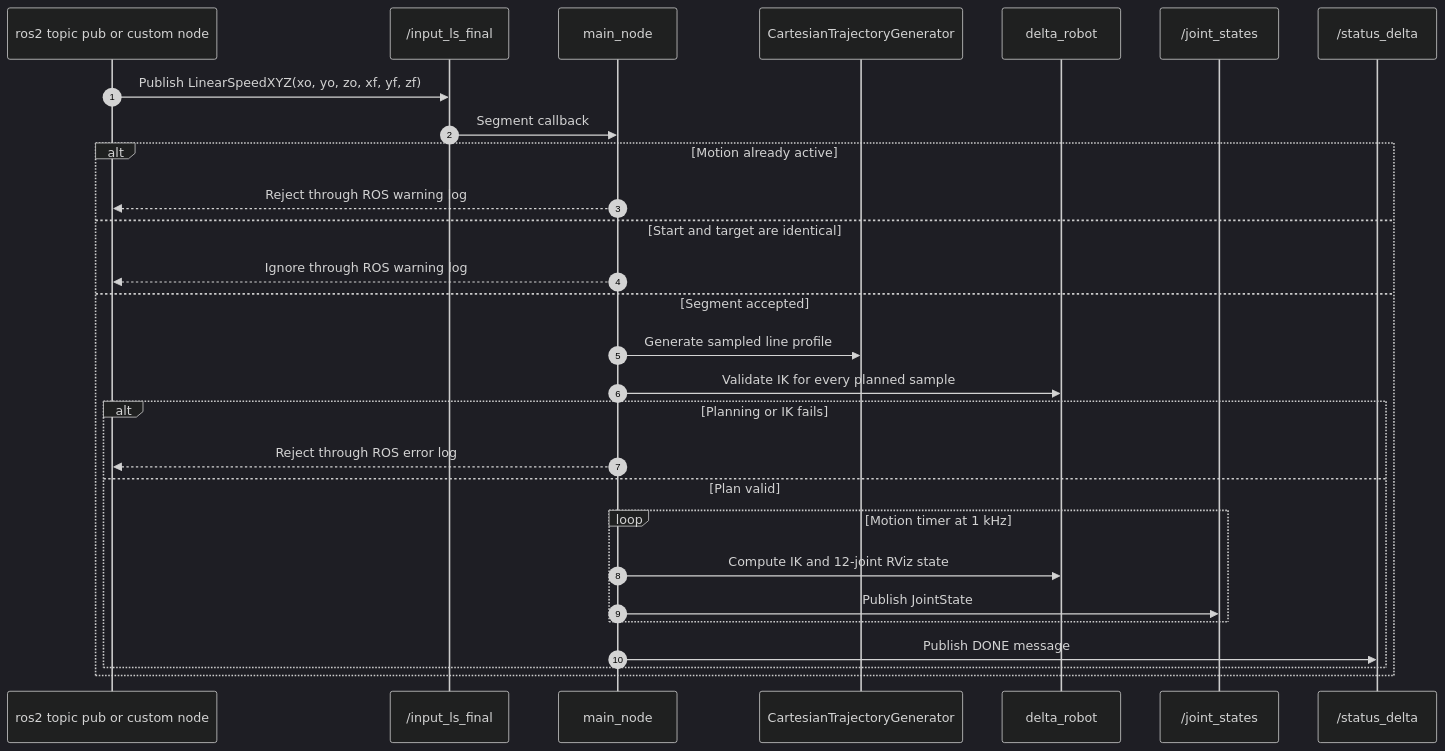
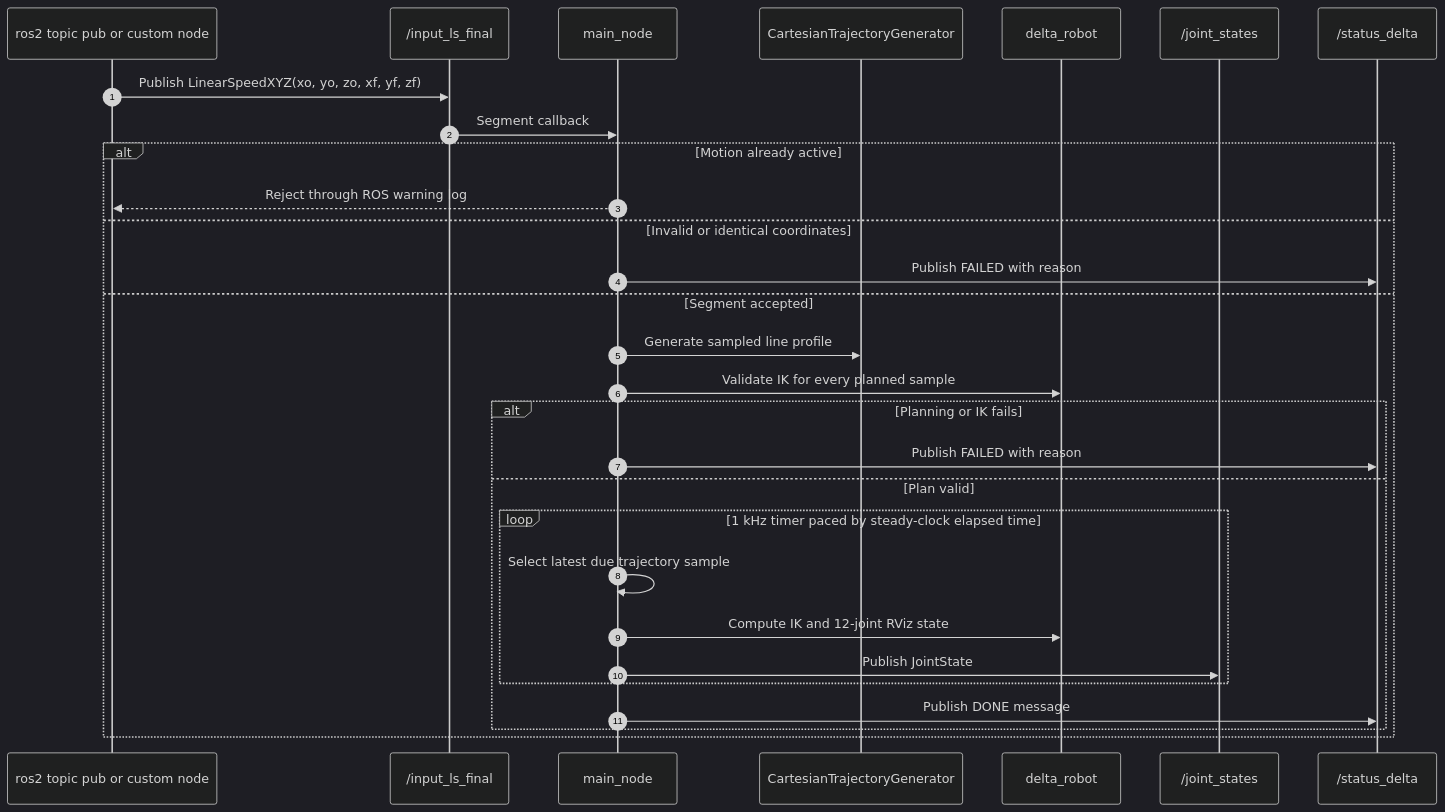
Before and after one commit to thanhduong8457/ROS: the third of 6 diagrams in docs/software_architecture.md, drawn with Mermaid (dark theme). The commit also changed other lines of this file and 13 other files, not shown here.

Commit message:
Refactor motion flow and add smooth circle trajectories

````diff
--- a/docs/software_architecture.md
+++ b/docs/software_architecture.md
@@ -137,31 +152,32 @@
 ```mermaid
 sequenceDiagram
     autonumber
     participant CLI as ros2 topic pub or custom node
     participant Segment as /input_ls_final
     participant Main as main_node
     participant Planner as CartesianTrajectoryGenerator
     participant Robot as delta_robot
     participant JS as /joint_states
     participant Status as /status_delta
 
     CLI->>Segment: Publish LinearSpeedXYZ(xo, yo, zo, xf, yf, zf)
     Segment->>Main: Segment callback
     alt Motion already active
         Main-->>CLI: Reject through ROS warning log
-    else Start and target are identical
-        Main-->>CLI: Ignore through ROS warning log
+    else Invalid or identical coordinates
+        Main->>Status: Publish FAILED with reason
     else Segment accepted
         Main->>Planner: Generate sampled line profile
         Main->>Robot: Validate IK for every planned sample
         alt Planning or IK fails
-            Main-->>CLI: Reject through ROS error log
+            Main->>Status: Publish FAILED with reason
         else Plan valid
-            loop Motion timer at 1 kHz
+            loop 1 kHz timer paced by steady-clock elapsed time
+                Main->>Main: Select latest due trajectory sample
                 Main->>Robot: Compute IK and 12-joint RViz state
                 Main->>JS: Publish JointState
             end
             Main->>Status: Publish DONE message
         end
     end
 ```
````
